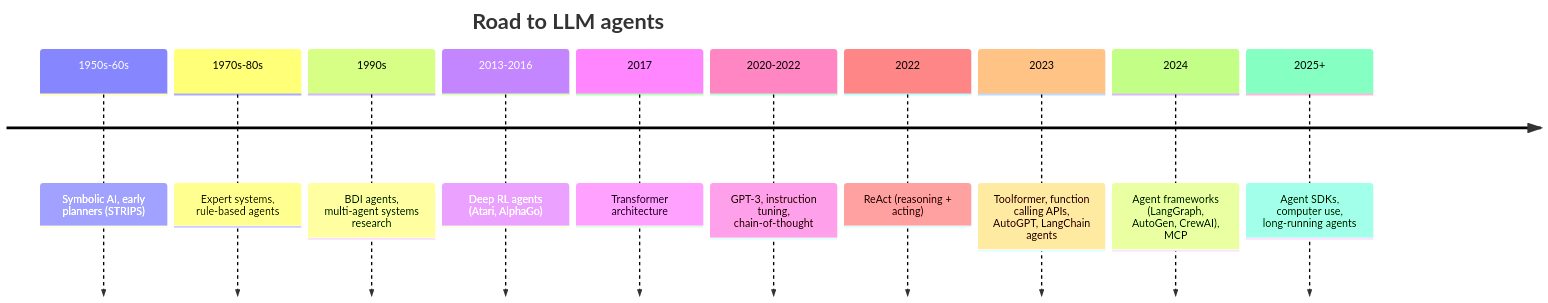
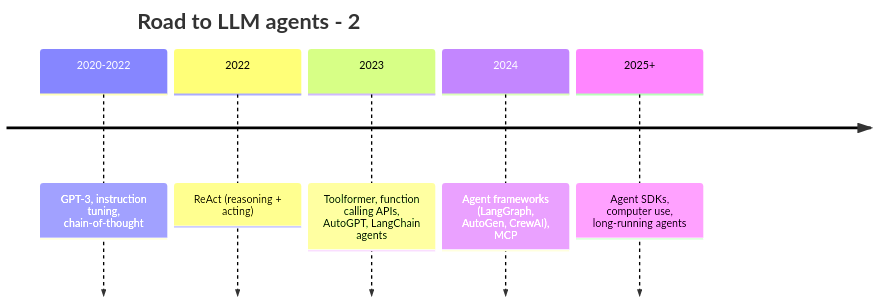
One commit to sztistvan/llm-agents-handouts changed the fourth of 5 diagrams in docs/01-foundations.md. Above: the diagram before and after it, drawn with Mermaid. The commit also changed other lines of this file and 20 other files, not shown here.

````diff
--- a/docs/01-foundations.md
+++ b/docs/01-foundations.md
@@ -49,14 +59,9 @@
 ```mermaid
 timeline
-    title Road to LLM agents
-    1950s-60s : Symbolic AI, early planners (STRIPS)
-    1970s-80s : Expert systems, rule-based agents
-    1990s : BDI agents, multi-agent systems research
-    2013-2016 : Deep RL agents (Atari, AlphaGo)
-    2017 : Transformer architecture
+    title Road to LLM agents - 2
     2020-2022 : GPT-3, instruction tuning, chain-of-thought
     2022 : ReAct (reasoning + acting)
     2023 : Toolformer, function calling APIs, AutoGPT, LangChain agents
     2024 : Agent frameworks (LangGraph, AutoGen, CrewAI), MCP
     2025+ : Agent SDKs, computer use, long-running agents
 ```
````
